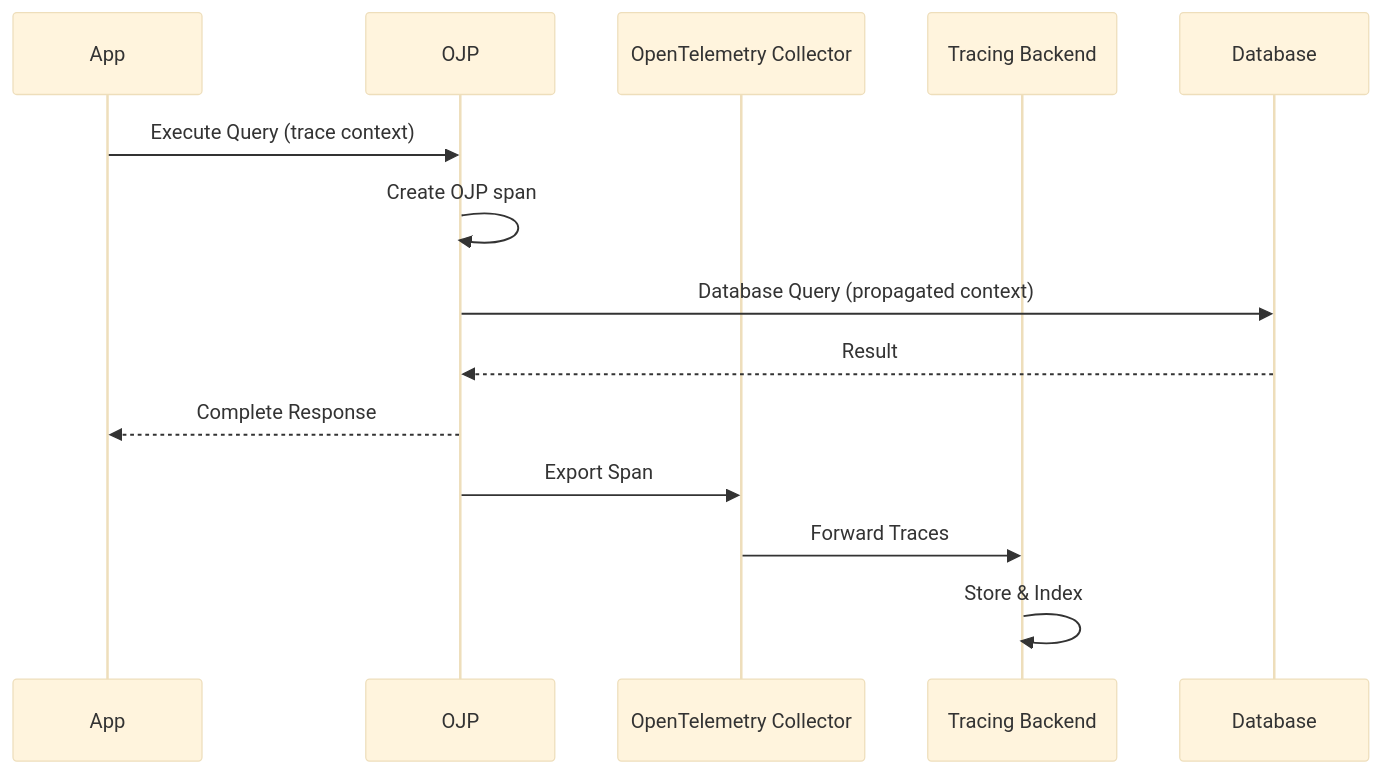
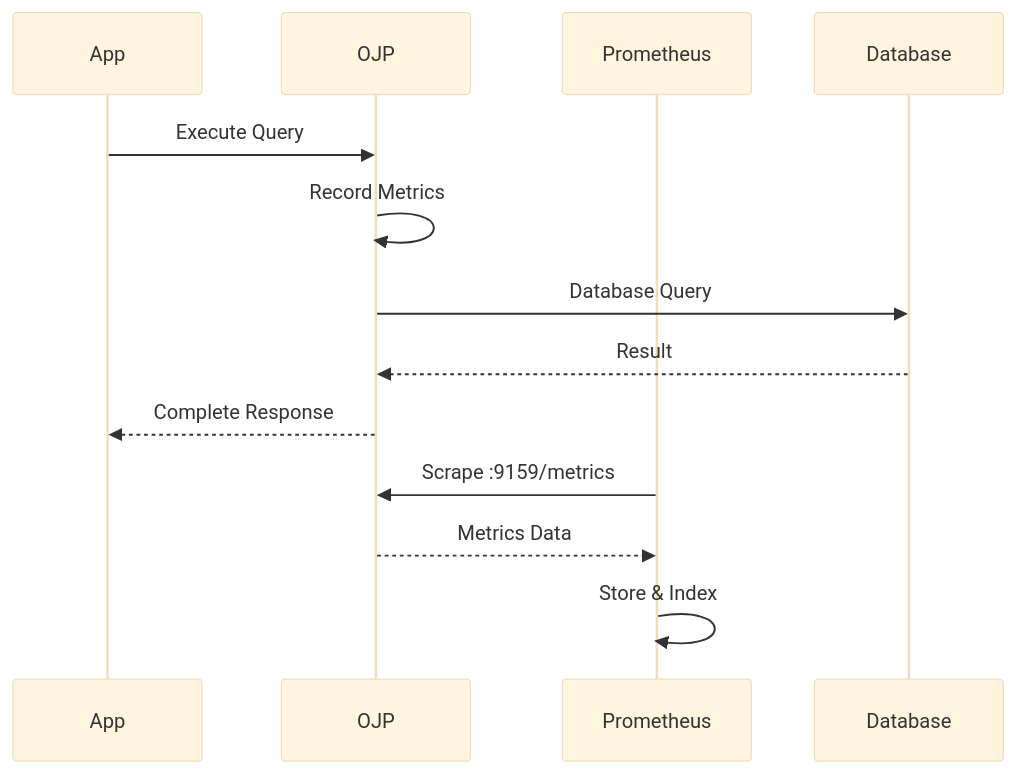
One commit to jenspapenhagen/ojp changed the fourth of 7 diagrams in documents/ebook/part2-chapter6-server-configuration.md. Above: the diagram before and after it, drawn with Mermaid (base theme). The commit also changed other lines of this file and 6 other files, not shown here.

````diff
--- a/documents/ebook/part2-chapter6-server-configuration.md
+++ b/documents/ebook/part2-chapter6-server-configuration.md
@@ -205,16 +201,15 @@
 ```mermaid
 sequenceDiagram
     participant App
     participant OJP
-    participant OTEL as OpenTelemetry Collector
-    participant Backend as Tracing Backend
+    participant Prometheus
     
-    App->>OJP: Execute Query (trace context)
-    OJP->>OJP: Create OJP span
-    OJP->>Database: Database Query (propagated context)
+    App->>OJP: Execute Query
+    OJP->>OJP: Record Metrics
+    OJP->>Database: Database Query
     Database-->>OJP: Result
     OJP-->>App: Complete Response
-    OJP->>OTEL: Export Span
-    OTEL->>Backend: Forward Traces
-    Backend->>Backend: Store & Index
+    Prometheus->>OJP: Scrape :9159/metrics
+    OJP-->>Prometheus: Metrics Data
+    Prometheus->>Prometheus: Store & Index
 ```
````
